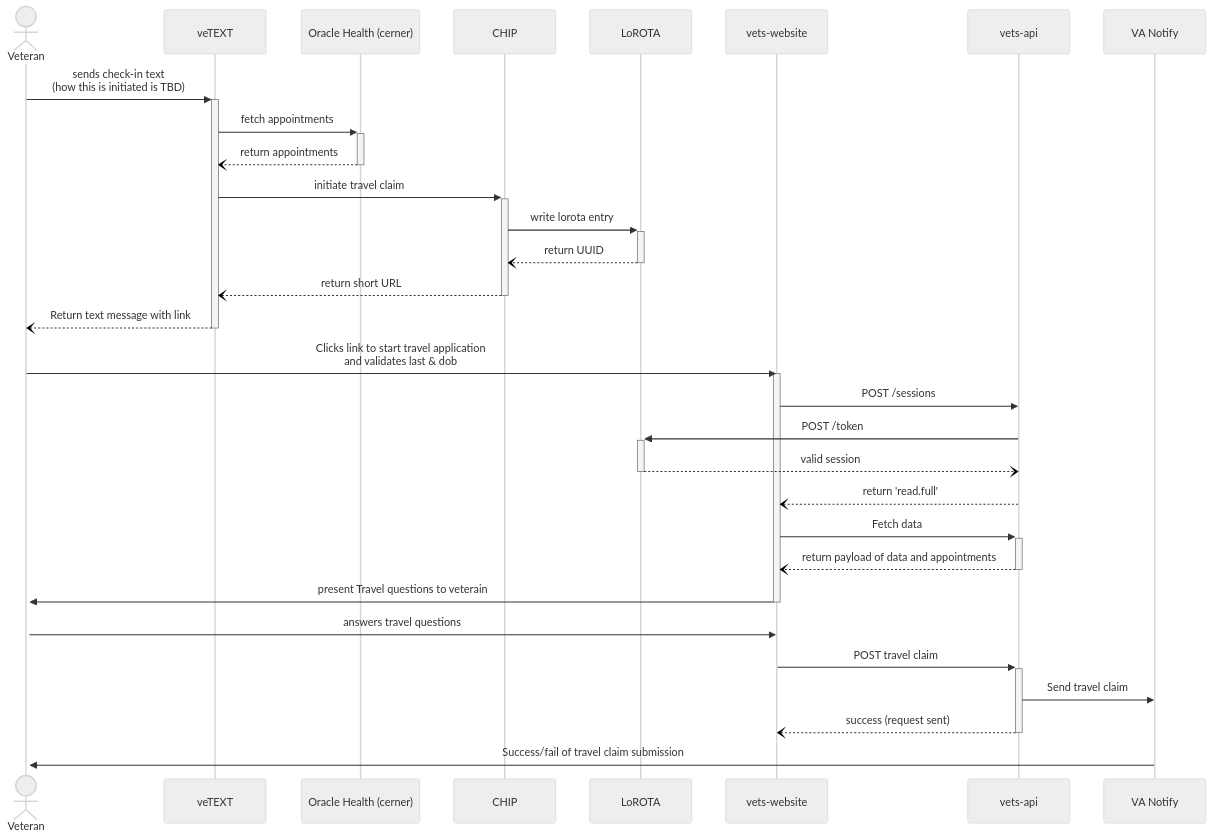
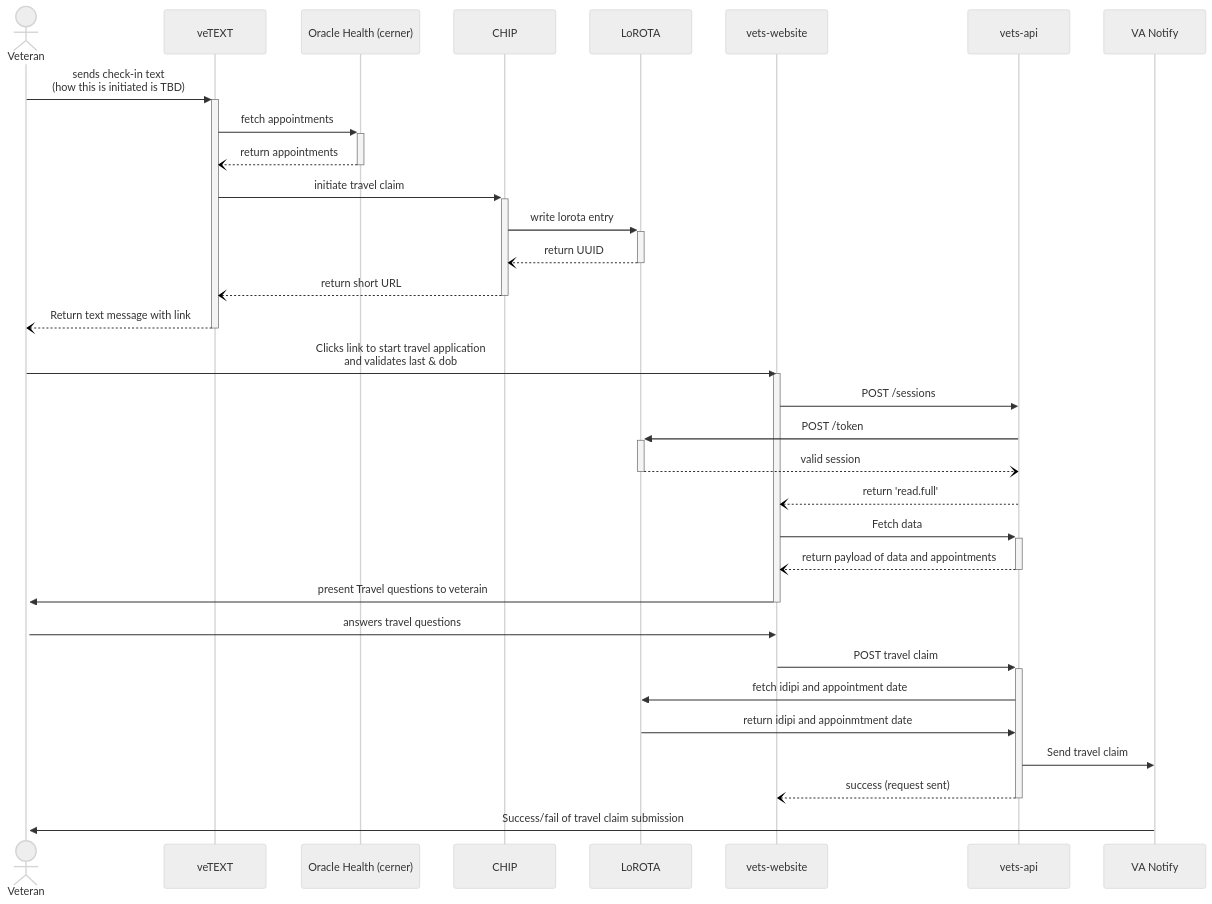
One commit to department-of-veterans-affairs/va.gov-team changed the diagram in products/health-care/checkin/engineering/travel-only-app-for-OH.md. Above: the diagram before and after it, drawn with Mermaid (neutral theme).

````diff
--- a/products/health-care/checkin/engineering/travel-only-app-for-OH.md
+++ b/products/health-care/checkin/engineering/travel-only-app-for-OH.md
@@ -15,34 +15,36 @@
 ```mermaid
 sequenceDiagram
     actor vet as Veteran
     participant ve as veTEXT
     participant ce as Oracle Health (cerner)
     participant ch as CHIP
     participant l as LoROTA
     participant web as vets-website
     participant api as vets-api
     participant vn as VA Notify
         vet->>+ve: sends check-in text<br /> (how this is initiated is TBD)
         ve->>+ce: fetch appointments 
         ce--)-ve: return appointments
         ve->>+ch: initiate travel claim
         ch->>+l: write lorota entry
         l--)-ch: return UUID
         ch--)-ve: return short URL
         ve--)-vet: Return text message with link
         vet->>web: Clicks link to start travel application <br> and validates last & dob
         activate web
         web->>api: POST /sessions
         api->>+l: POST /token
         l--)-api: valid session
         api--)web: return 'read.full'
         web->>+api: Fetch data
         api--)-web: return payload of data and appointments
         web->>+vet: present Travel questions to veterain
         deactivate web
         vet->>web: answers travel questions
         web->>+api: POST travel claim
+        api->>l: fetch idipi and appointment date
+        l->>api: return idipi and appoinmtment date
         api->>vn: Send travel claim
         api--)-web: success (request sent)
         vn->>vet: Success/fail of travel claim submission
 ```
````
